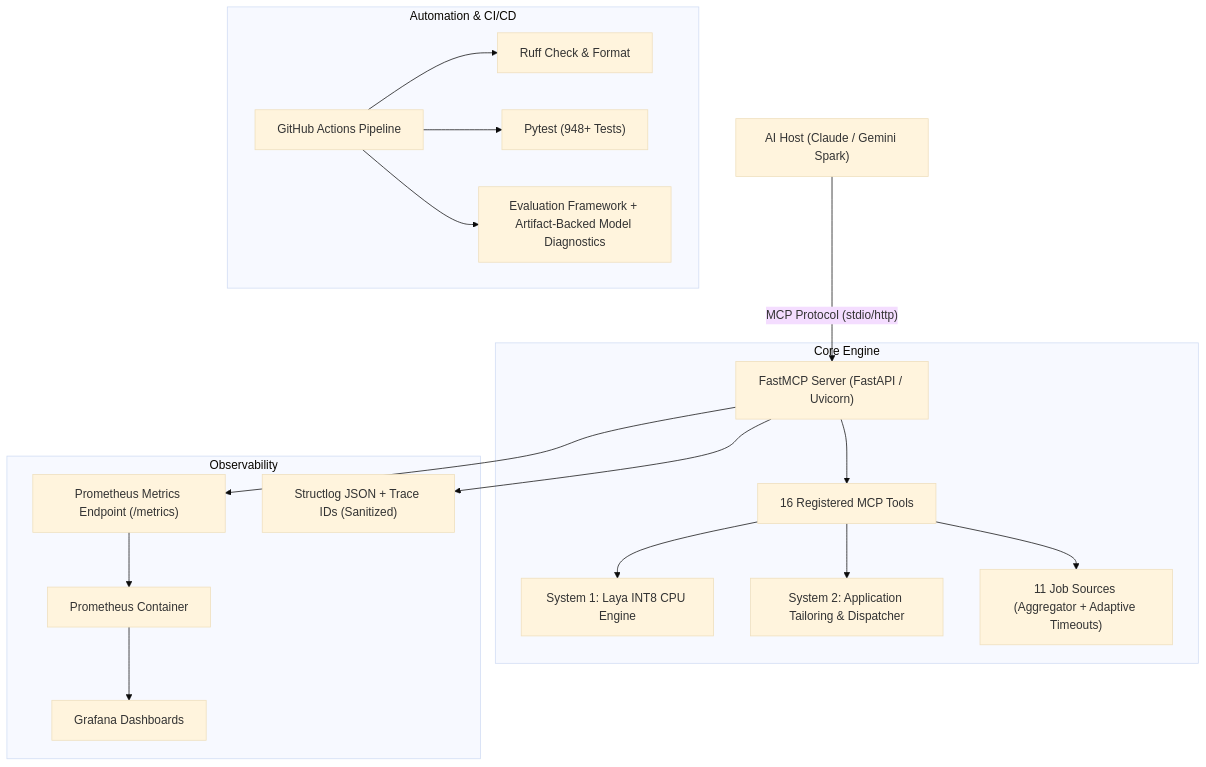
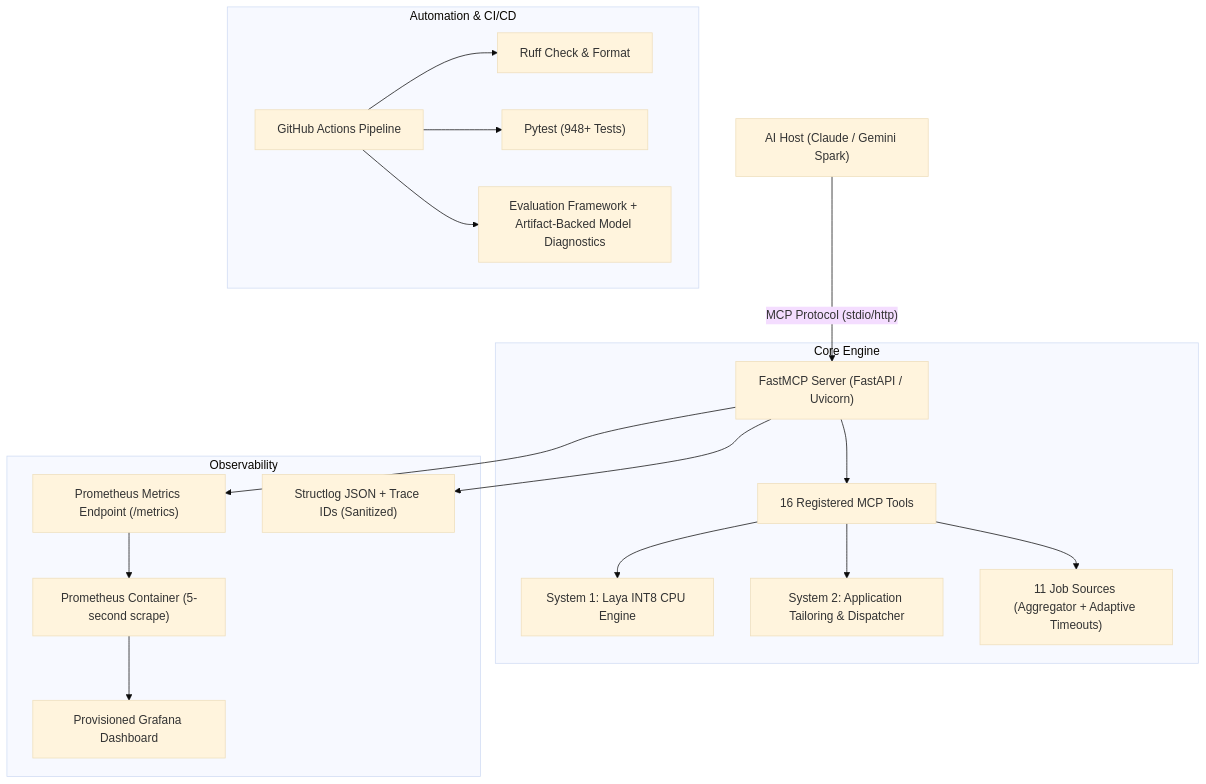
The diagram in specs/SPEC_PRODUCTION_ENHANCEMENT.md (zvieli/TechJobMCP), drawn with Mermaid (base theme) before and after one commit. The commit also changed other lines of this file and 15 other files, not shown here.

Commit message:
feat(observability): add production metrics and dashboards

````diff
--- a/specs/SPEC_PRODUCTION_ENHANCEMENT.md
+++ b/specs/SPEC_PRODUCTION_ENHANCEMENT.md
@@ -35,26 +35,26 @@
 ```mermaid
 flowchart TD
     Client["AI Host (Claude / Gemini Spark)"] -->|"MCP Protocol (stdio/http)"| Server["FastMCP Server (FastAPI / Uvicorn)"]
     
     subgraph Core Engine
         Server --> Tools["16 Registered MCP Tools"]
         Tools --> S1["System 1: Laya INT8 CPU Engine"]
         Tools --> S2["System 2: Application Tailoring & Dispatcher"]
         Tools --> Sources["11 Job Sources (Aggregator + Adaptive Timeouts)"]
     end
 
     subgraph Observability
         Server --> Metrics["Prometheus Metrics Endpoint (/metrics)"]
         Server --> Logs["Structlog JSON + Trace IDs (Sanitized)"]
-        Metrics --> Prom["Prometheus Container"]
-        Prom --> Grafana["Grafana Dashboards"]
+        Metrics --> Prom["Prometheus Container (5-second scrape)"]
+        Prom --> Grafana["Provisioned Grafana Dashboard"]
     end
 
     subgraph Automation & CI/CD
         GH["GitHub Actions Pipeline"]
         GH --> Lint["Ruff Check & Format"]
         GH --> UnitTests["Pytest (948+ Tests)"]
         GH --> EvalGate["Evaluation Framework + Artifact-Backed Model Diagnostics"]
     end
 
 ```
````
